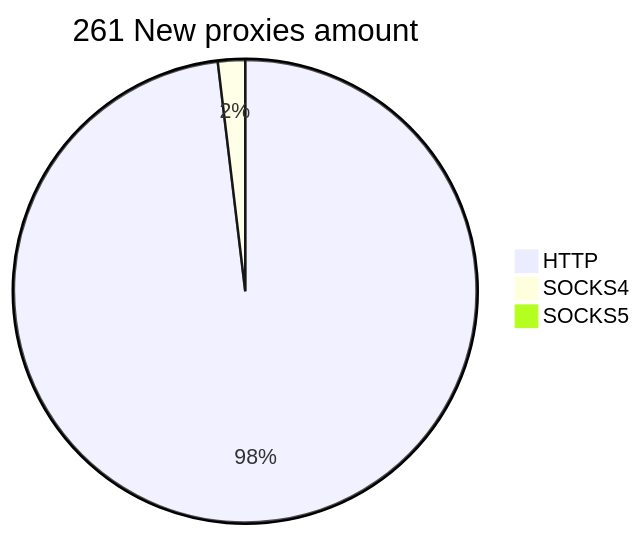
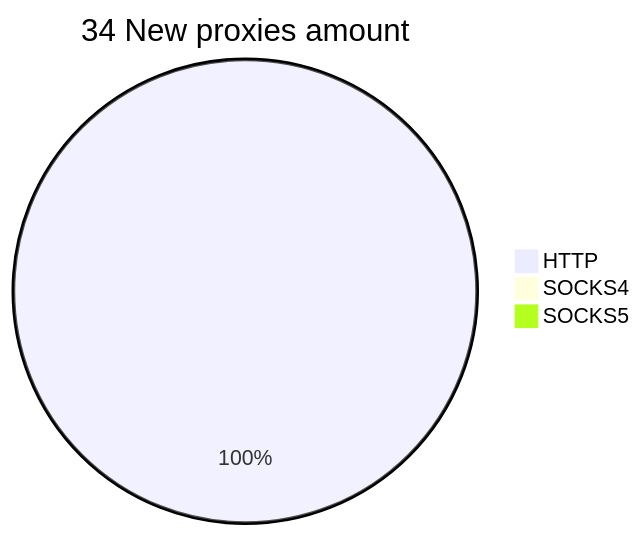
One commit to cutipu/proxylist changed the second of 2 diagrams in README.md. Above: the diagram before and after it, drawn with Mermaid. The commit also changed other lines of this file, not shown here.

````diff
--- a/README.md
+++ b/README.md
@@ -10,6 +10,6 @@
 ```mermaid
-pie title 261 New proxies amount
-    "HTTP" : 258
-    "SOCKS4" : 5
+pie title 34 New proxies amount
+    "HTTP" : 47
+    "SOCKS4" : 0
     "SOCKS5" : 0
 ```
````
